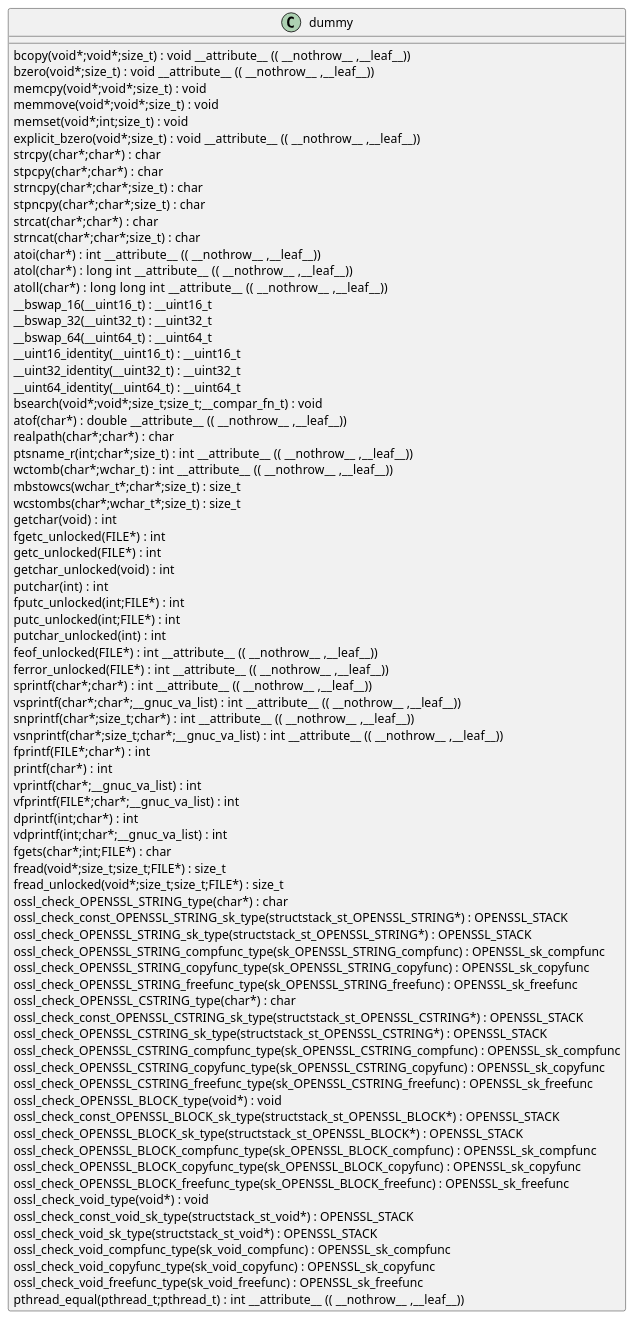
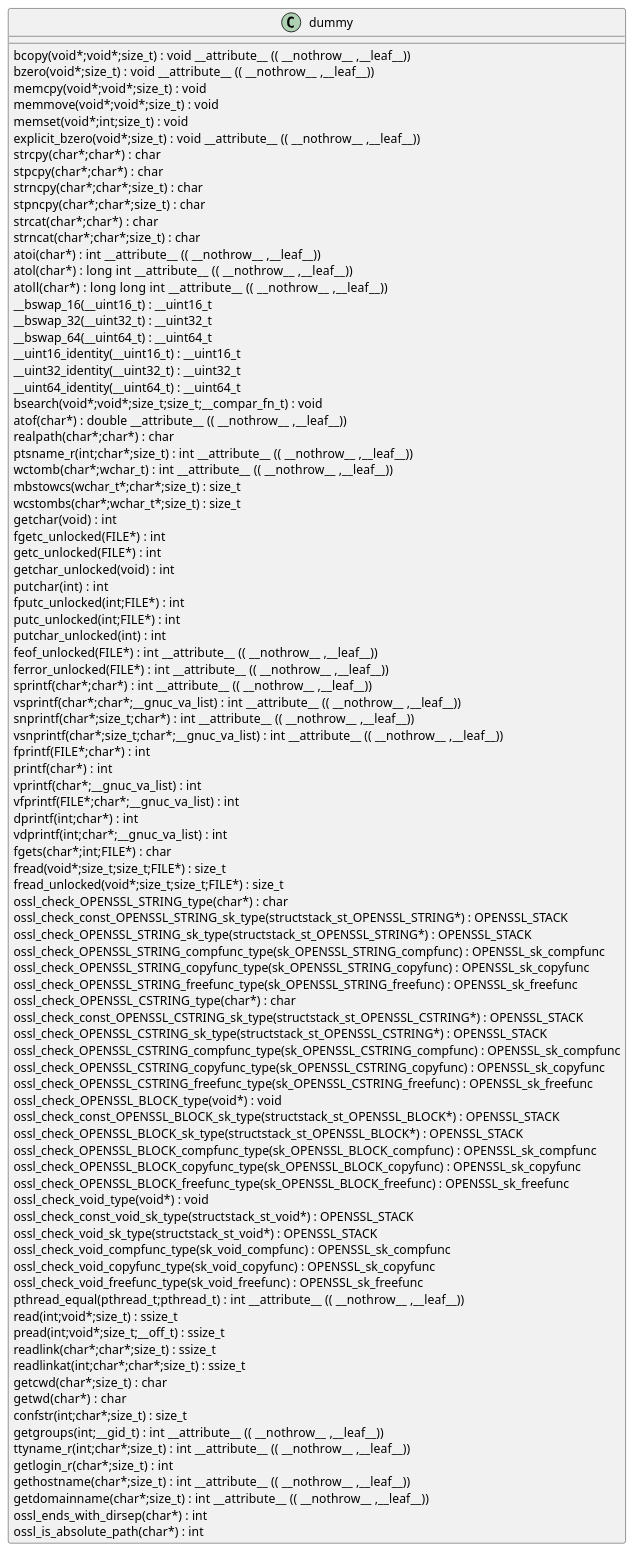
The diagram in docs/qc/apps/passwd.c.puml (qualitesys/openssl), drawn with PlantUML before and after one commit. The commit also changed 3667 other files, not shown here.

```diff
--- a/docs/qc/apps/passwd.c.puml
+++ b/docs/qc/apps/passwd.c.puml
@@ -1,81 +1,95 @@
 @startuml
 !pragma layout smetana
 class dummy {
 bcopy(void*;void*;size_t) :  void  __attribute__ (( __nothrow__ ,__leaf__)) [[[./../.././qc/apps/passwd.c.html#298]]]
 bzero(void*;size_t) :  void  __attribute__ (( __nothrow__ ,__leaf__)) [[[./../.././qc/apps/passwd.c.html#305]]]
 memcpy(void*;void*;size_t) :  void  [[[./../.././qc/apps/passwd.c.html#346]]]
 memmove(void*;void*;size_t) :  void  [[[./../.././qc/apps/passwd.c.html#354]]]
 memset(void*;int;size_t) :  void  [[[./../.././qc/apps/passwd.c.html#361]]]
 explicit_bzero(void*;size_t) :  void  __attribute__ (( __nothrow__ ,__leaf__)) [[[./../.././qc/apps/passwd.c.html#374]]]
 strcpy(char*;char*) :  char  [[[./../.././qc/apps/passwd.c.html#381]]]
 stpcpy(char*;char*) :  char  [[[./../.././qc/apps/passwd.c.html#388]]]
 strncpy(char*;char*;size_t) :  char  [[[./../.././qc/apps/passwd.c.html#396]]]
 stpncpy(char*;char*;size_t) :  char  [[[./../.././qc/apps/passwd.c.html#406]]]
 strcat(char*;char*) :  char  [[[./../.././qc/apps/passwd.c.html#413]]]
 strncat(char*;char*;size_t) :  char  [[[./../.././qc/apps/passwd.c.html#420]]]
 atoi(char*) :  int  __attribute__ (( __nothrow__ ,__leaf__)) [[[./../.././qc/apps/passwd.c.html#897]]]
 atol(char*) :  long  int  __attribute__ (( __nothrow__ ,__leaf__)) [[[./../.././qc/apps/passwd.c.html#902]]]
 atoll(char*) :  long  long  int  __attribute__ (( __nothrow__ ,__leaf__)) [[[./../.././qc/apps/passwd.c.html#909]]]
 __bswap_16(__uint16_t) : __uint16_t [[[./../.././qc/apps/passwd.c.html#1071]]]
 __bswap_32(__uint32_t) : __uint32_t [[[./../.././qc/apps/passwd.c.html#1086]]]
 __bswap_64(__uint64_t) : __uint64_t [[[./../.././qc/apps/passwd.c.html#1096]]]
 __uint16_identity(__uint16_t) : __uint16_t [[[./../.././qc/apps/passwd.c.html#1108]]]
 __uint32_identity(__uint32_t) : __uint32_t [[[./../.././qc/apps/passwd.c.html#1114]]]
 __uint64_identity(__uint64_t) : __uint64_t [[[./../.././qc/apps/passwd.c.html#1120]]]
 bsearch(void*;void*;size_t;size_t;__compar_fn_t) :  void  [[[./../.././qc/apps/passwd.c.html#1788]]]
 atof(char*) :  double  __attribute__ (( __nothrow__ ,__leaf__)) [[[./../.././qc/apps/passwd.c.html#20147]]]
 realpath(char*;char*) :  char  [[[./../.././qc/apps/passwd.c.html#1]]]
 ptsname_r(int;char*;size_t) :  int  __attribute__ (( __nothrow__ ,__leaf__)) [[[./../.././qc/apps/passwd.c.html#1]]]
 wctomb(char*;wchar_t) :  int  __attribute__ (( __nothrow__ ,__leaf__)) [[[./../.././qc/apps/passwd.c.html#1]]]
 mbstowcs(wchar_t*;char*;size_t) : size_t [[[./../.././qc/apps/passwd.c.html#1]]]
 wcstombs(char*;wchar_t*;size_t) : size_t [[[./../.././qc/apps/passwd.c.html#1]]]
 getchar(void) :  int  [[[./../.././qc/apps/passwd.c.html#1]]]
 fgetc_unlocked(FILE*) :  int  [[[./../.././qc/apps/passwd.c.html#1]]]
 getc_unlocked(FILE*) :  int  [[[./../.././qc/apps/passwd.c.html#1]]]
 getchar_unlocked(void) :  int  [[[./../.././qc/apps/passwd.c.html#1]]]
 putchar(int) :  int  [[[./../.././qc/apps/passwd.c.html#1]]]
 fputc_unlocked(int;FILE*) :  int  [[[./../.././qc/apps/passwd.c.html#1]]]
 putc_unlocked(int;FILE*) :  int  [[[./../.././qc/apps/passwd.c.html#1]]]
 putchar_unlocked(int) :  int  [[[./../.././qc/apps/passwd.c.html#1]]]
 feof_unlocked(FILE*) :  int  __attribute__ (( __nothrow__ ,__leaf__)) [[[./../.././qc/apps/passwd.c.html#1]]]
 ferror_unlocked(FILE*) :  int  __attribute__ (( __nothrow__ ,__leaf__)) [[[./../.././qc/apps/passwd.c.html#1]]]
 sprintf(char*;char*) :  int  __attribute__ (( __nothrow__ ,__leaf__)) [[[./../.././qc/apps/passwd.c.html#1]]]
 vsprintf(char*;char*;__gnuc_va_list) :  int  __attribute__ (( __nothrow__ ,__leaf__)) [[[./../.././qc/apps/passwd.c.html#1]]]
 snprintf(char*;size_t;char*) :  int  __attribute__ (( __nothrow__ ,__leaf__)) [[[./../.././qc/apps/passwd.c.html#1]]]
 vsnprintf(char*;size_t;char*;__gnuc_va_list) :  int  __attribute__ (( __nothrow__ ,__leaf__)) [[[./../.././qc/apps/passwd.c.html#1]]]
 fprintf(FILE*;char*) :  int  [[[./../.././qc/apps/passwd.c.html#1]]]
 printf(char*) :  int  [[[./../.././qc/apps/passwd.c.html#1]]]
 vprintf(char*;__gnuc_va_list) :  int  [[[./../.././qc/apps/passwd.c.html#1]]]
 vfprintf(FILE*;char*;__gnuc_va_list) :  int  [[[./../.././qc/apps/passwd.c.html#1]]]
 dprintf(int;char*) :  int  [[[./../.././qc/apps/passwd.c.html#1]]]
 vdprintf(int;char*;__gnuc_va_list) :  int  [[[./../.././qc/apps/passwd.c.html#1]]]
 fgets(char*;int;FILE*) :  char  [[[./../.././qc/apps/passwd.c.html#1]]]
 fread(void*;size_t;size_t;FILE*) : size_t [[[./../.././qc/apps/passwd.c.html#1]]]
 fread_unlocked(void*;size_t;size_t;FILE*) : size_t [[[./../.././qc/apps/passwd.c.html#1]]]
 ossl_check_OPENSSL_STRING_type(char*) :  char  [[[./../.././qc/apps/passwd.c.html#1]]]
 ossl_check_const_OPENSSL_STRING_sk_type(structstack_st_OPENSSL_STRING*) : OPENSSL_STACK [[[./../.././qc/apps/passwd.c.html#1]]]
 ossl_check_OPENSSL_STRING_sk_type(structstack_st_OPENSSL_STRING*) : OPENSSL_STACK [[[./../.././qc/apps/passwd.c.html#1]]]
 ossl_check_OPENSSL_STRING_compfunc_type(sk_OPENSSL_STRING_compfunc) : OPENSSL_sk_compfunc [[[./../.././qc/apps/passwd.c.html#1]]]
 ossl_check_OPENSSL_STRING_copyfunc_type(sk_OPENSSL_STRING_copyfunc) : OPENSSL_sk_copyfunc [[[./../.././qc/apps/passwd.c.html#1]]]
 ossl_check_OPENSSL_STRING_freefunc_type(sk_OPENSSL_STRING_freefunc) : OPENSSL_sk_freefunc [[[./../.././qc/apps/passwd.c.html#1]]]
 ossl_check_OPENSSL_CSTRING_type(char*) :  char  [[[./../.././qc/apps/passwd.c.html#1]]]
 ossl_check_const_OPENSSL_CSTRING_sk_type(structstack_st_OPENSSL_CSTRING*) : OPENSSL_STACK [[[./../.././qc/apps/passwd.c.html#1]]]
 ossl_check_OPENSSL_CSTRING_sk_type(structstack_st_OPENSSL_CSTRING*) : OPENSSL_STACK [[[./../.././qc/apps/passwd.c.html#1]]]
 ossl_check_OPENSSL_CSTRING_compfunc_type(sk_OPENSSL_CSTRING_compfunc) : OPENSSL_sk_compfunc [[[./../.././qc/apps/passwd.c.html#1]]]
 ossl_check_OPENSSL_CSTRING_copyfunc_type(sk_OPENSSL_CSTRING_copyfunc) : OPENSSL_sk_copyfunc [[[./../.././qc/apps/passwd.c.html#1]]]
 ossl_check_OPENSSL_CSTRING_freefunc_type(sk_OPENSSL_CSTRING_freefunc) : OPENSSL_sk_freefunc [[[./../.././qc/apps/passwd.c.html#1]]]
 ossl_check_OPENSSL_BLOCK_type(void*) :  void  [[[./../.././qc/apps/passwd.c.html#1]]]
 ossl_check_const_OPENSSL_BLOCK_sk_type(structstack_st_OPENSSL_BLOCK*) : OPENSSL_STACK [[[./../.././qc/apps/passwd.c.html#1]]]
 ossl_check_OPENSSL_BLOCK_sk_type(structstack_st_OPENSSL_BLOCK*) : OPENSSL_STACK [[[./../.././qc/apps/passwd.c.html#1]]]
 ossl_check_OPENSSL_BLOCK_compfunc_type(sk_OPENSSL_BLOCK_compfunc) : OPENSSL_sk_compfunc [[[./../.././qc/apps/passwd.c.html#1]]]
 ossl_check_OPENSSL_BLOCK_copyfunc_type(sk_OPENSSL_BLOCK_copyfunc) : OPENSSL_sk_copyfunc [[[./../.././qc/apps/passwd.c.html#1]]]
 ossl_check_OPENSSL_BLOCK_freefunc_type(sk_OPENSSL_BLOCK_freefunc) : OPENSSL_sk_freefunc [[[./../.././qc/apps/passwd.c.html#1]]]
 ossl_check_void_type(void*) :  void  [[[./../.././qc/apps/passwd.c.html#1]]]
 ossl_check_const_void_sk_type(structstack_st_void*) : OPENSSL_STACK [[[./../.././qc/apps/passwd.c.html#1]]]
 ossl_check_void_sk_type(structstack_st_void*) : OPENSSL_STACK [[[./../.././qc/apps/passwd.c.html#1]]]
 ossl_check_void_compfunc_type(sk_void_compfunc) : OPENSSL_sk_compfunc [[[./../.././qc/apps/passwd.c.html#1]]]
 ossl_check_void_copyfunc_type(sk_void_copyfunc) : OPENSSL_sk_copyfunc [[[./../.././qc/apps/passwd.c.html#1]]]
 ossl_check_void_freefunc_type(sk_void_freefunc) : OPENSSL_sk_freefunc [[[./../.././qc/apps/passwd.c.html#1]]]
 pthread_equal(pthread_t;pthread_t) :  int  __attribute__ (( __nothrow__ ,__leaf__)) [[[./../.././qc/apps/passwd.c.html#1]]]
+read(int;void*;size_t) : ssize_t [[[./../.././qc/apps/passwd.c.html#1]]]
+pread(int;void*;size_t;__off_t) : ssize_t [[[./../.././qc/apps/passwd.c.html#1]]]
+readlink(char*;char*;size_t) : ssize_t [[[./../.././qc/apps/passwd.c.html#1]]]
+readlinkat(int;char*;char*;size_t) : ssize_t [[[./../.././qc/apps/passwd.c.html#1]]]
+getcwd(char*;size_t) :  char  [[[./../.././qc/apps/passwd.c.html#1]]]
+getwd(char*) :  char  [[[./../.././qc/apps/passwd.c.html#1]]]
+confstr(int;char*;size_t) : size_t [[[./../.././qc/apps/passwd.c.html#1]]]
+getgroups(int;__gid_t) :  int  __attribute__ (( __nothrow__ ,__leaf__)) [[[./../.././qc/apps/passwd.c.html#1]]]
+ttyname_r(int;char*;size_t) :  int  __attribute__ (( __nothrow__ ,__leaf__)) [[[./../.././qc/apps/passwd.c.html#1]]]
+getlogin_r(char*;size_t) :  int  [[[./../.././qc/apps/passwd.c.html#1]]]
+gethostname(char*;size_t) :  int  __attribute__ (( __nothrow__ ,__leaf__)) [[[./../.././qc/apps/passwd.c.html#1]]]
+getdomainname(char*;size_t) :  int  __attribute__ (( __nothrow__ ,__leaf__)) [[[./../.././qc/apps/passwd.c.html#1]]]
+ossl_ends_with_dirsep(char*) :  int  [[[./../.././qc/apps/passwd.c.html#1]]]
+ossl_is_absolute_path(char*) :  int  [[[./../.././qc/apps/passwd.c.html#1]]]
 } 
 @enduml
```
